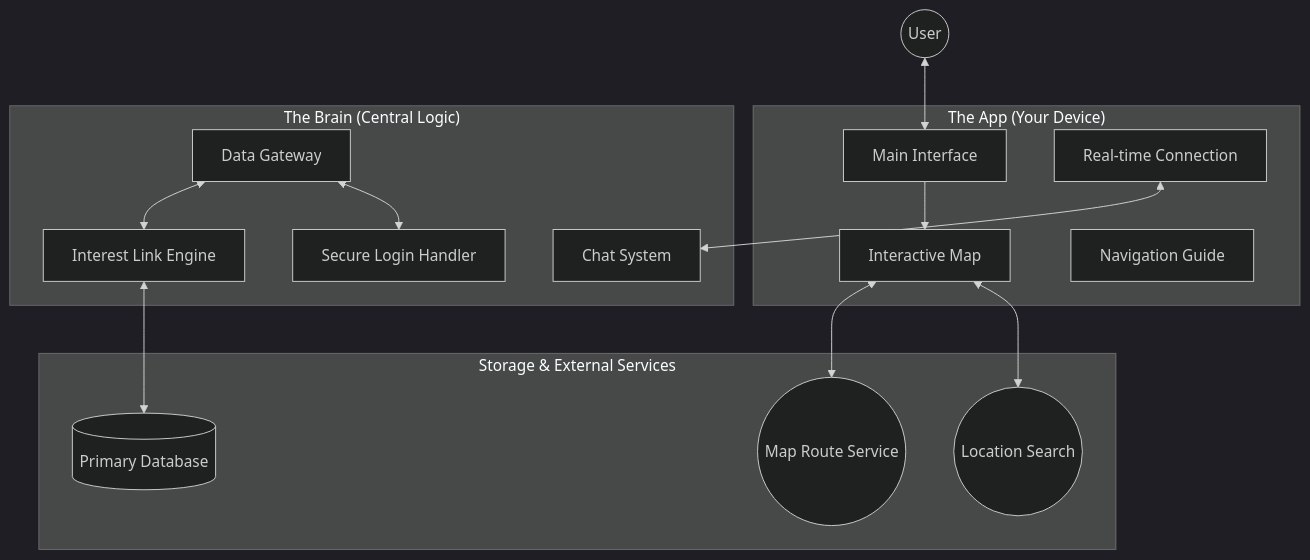
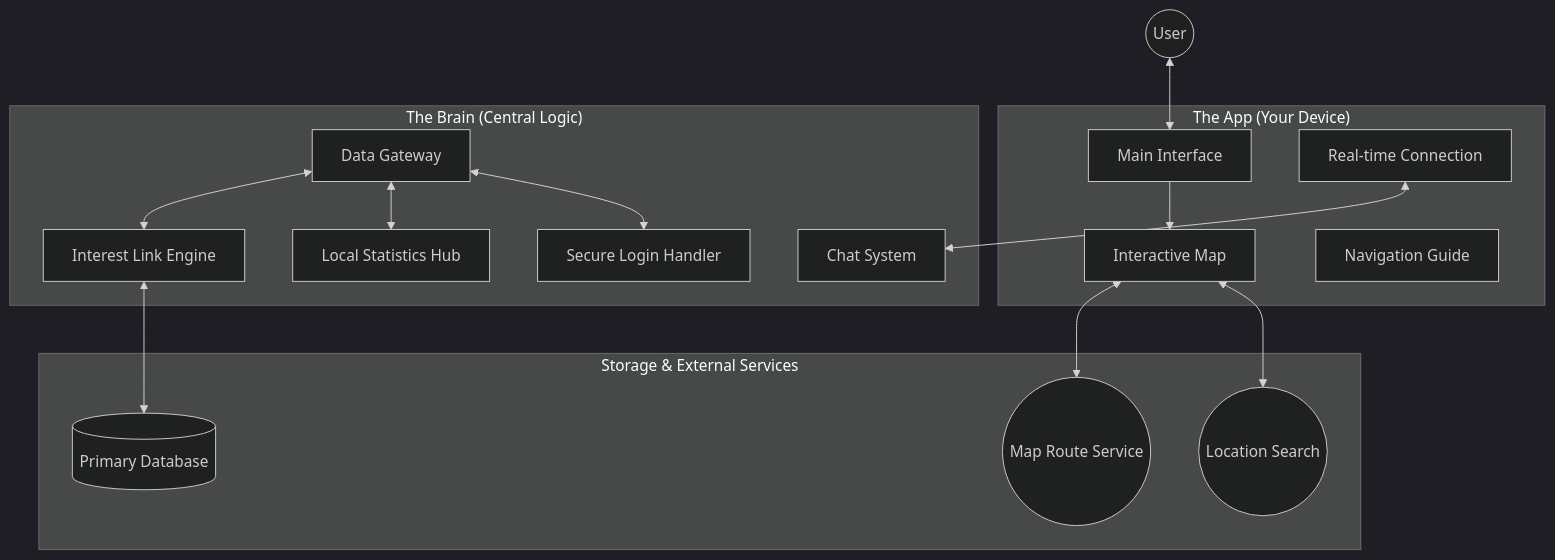
The first of 9 diagrams in docs/DIAGRAMS.md (Akash-Veerla/Demographic), drawn with Mermaid (dark theme) before and after one commit. The commit also changed other lines of this file, not shown here.

Commit message:
docs: Introduce detailed architecture, data structure, and process diagrams for the KON-NECT application.

````diff
--- a/docs/DIAGRAMS.md
+++ b/docs/DIAGRAMS.md
@@ -10,33 +10,35 @@
 ```mermaid
 graph TD
     User((User))
     
     subgraph "The App (Your Device)"
         UI[Main Interface]
         Map[Interactive Map]
         Route[Navigation Guide]
         LiveLink[Real-time Connection]
     end
     
     subgraph "The Brain (Central Logic)"
         Gateway[Data Gateway]
         ChatHost[Chat System]
         SecureAuth[Secure Login Handler]
         SmartMatch[Interest Link Engine]
+        StatsHub[Local Statistics Hub]
     end
     
     subgraph "Storage & External Services"
         Database[(Primary Database)]
         PlaceSearch((Location Search))
         RouteSvc((Map Route Service))
     end
     
     User <--> UI
     UI --> Map
     LiveLink <--> ChatHost
     Map <--> RouteSvc
     Map <--> PlaceSearch
     Gateway <--> SmartMatch
+    Gateway <--> StatsHub
     SmartMatch <--> Database
     Gateway <--> SecureAuth
 ```
````
